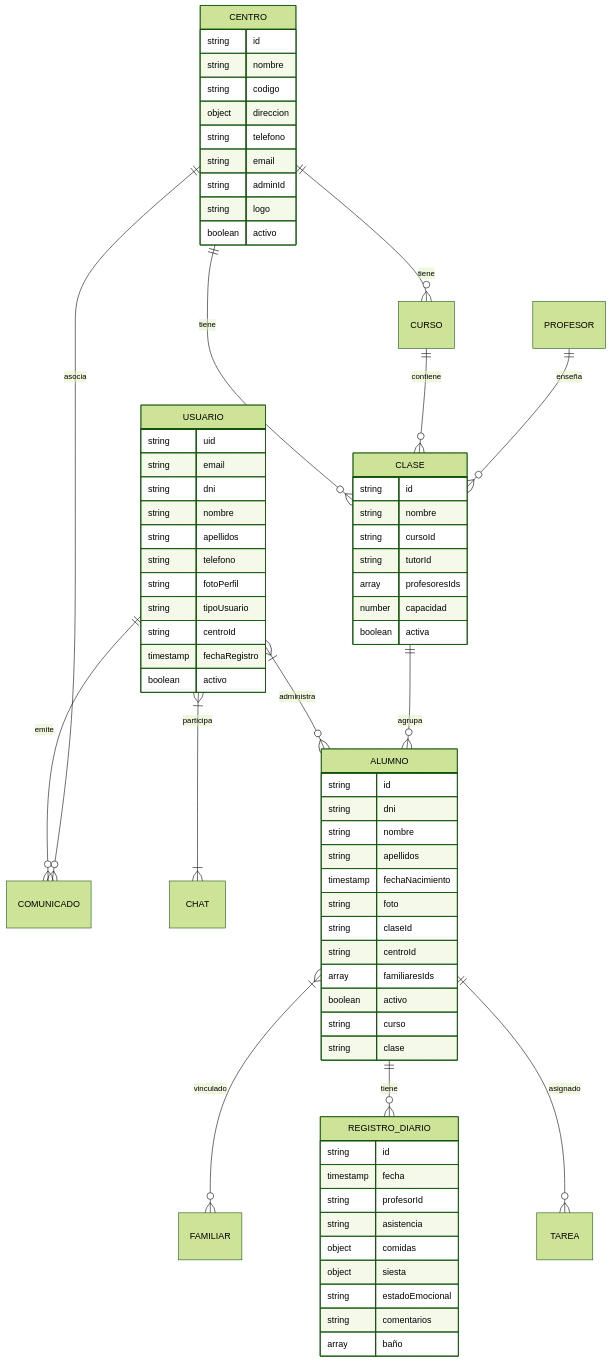
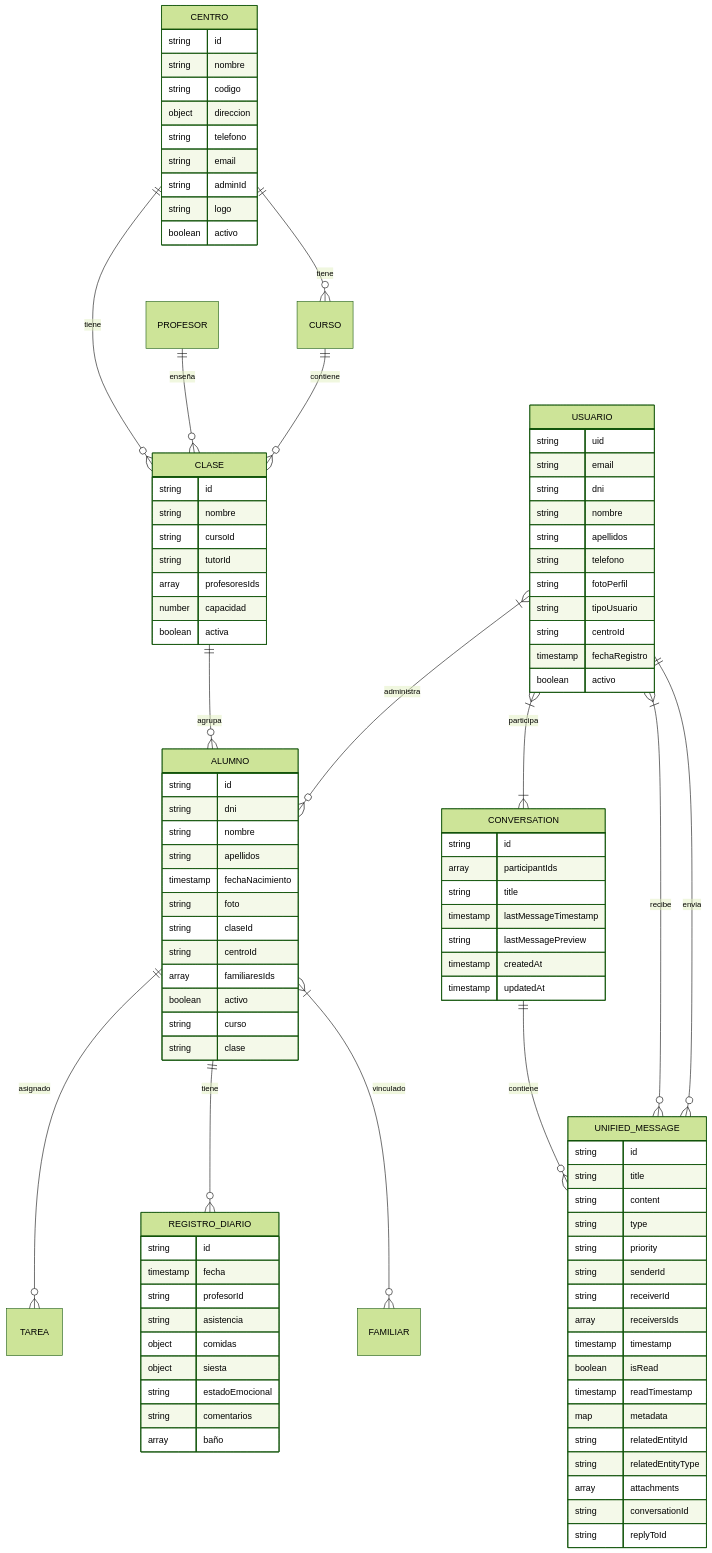
One commit to Nojabeach/UmeEgunero changed the second of 5 diagrams in docs/Estructura_Base_Datos.md. Above: the diagram before and after it, drawn with Mermaid (forest theme). The commit also changed other lines of this file and 112 other files, not shown here.

```diff
--- a/docs/Estructura_Base_Datos.md
+++ b/docs/Estructura_Base_Datos.md
@@ -317,15 +328,16 @@
     CENTRO ||--o{ CURSO : tiene
     CENTRO ||--o{ CLASE : tiene
     CURSO ||--o{ CLASE : contiene
-    USUARIO ||--o{ COMUNICADO : emite
-    CENTRO ||--o{ COMUNICADO : asocia
-    USUARIO }|--|{ CHAT : participa
+    USUARIO ||--o{ UNIFIED_MESSAGE : envia
+    USUARIO }|--o{ UNIFIED_MESSAGE : recibe
+    USUARIO }|--|{ CONVERSATION : participa
     USUARIO }|--o{ ALUMNO : administra
     CLASE ||--o{ ALUMNO : agrupa
     PROFESOR ||--o{ CLASE : enseña
     ALUMNO }|--o{ FAMILIAR : vinculado
     ALUMNO ||--o{ REGISTRO_DIARIO : tiene
     ALUMNO ||--o{ TAREA : asignado
+    CONVERSATION ||--o{ UNIFIED_MESSAGE : contiene
     
     CENTRO {
         string id
@@ -378,6 +390,36 @@
         string clase
     }
     
+    UNIFIED_MESSAGE {
+        string id
+        string title
+        string content
+        string type
+        string priority
+        string senderId
+        string receiverId
+        array receiversIds
+        timestamp timestamp
+        boolean isRead
+        timestamp readTimestamp
+        map metadata
+        string relatedEntityId
+        string relatedEntityType
+        array attachments
+        string conversationId
+        string replyToId
+    }
+    
+    CONVERSATION {
+        string id
+        array participantIds
+        string title
+        timestamp lastMessageTimestamp
+        string lastMessagePreview
+        timestamp createdAt
+        timestamp updatedAt
+    }
+    
     REGISTRO_DIARIO {
         string id
         timestamp fecha
```
